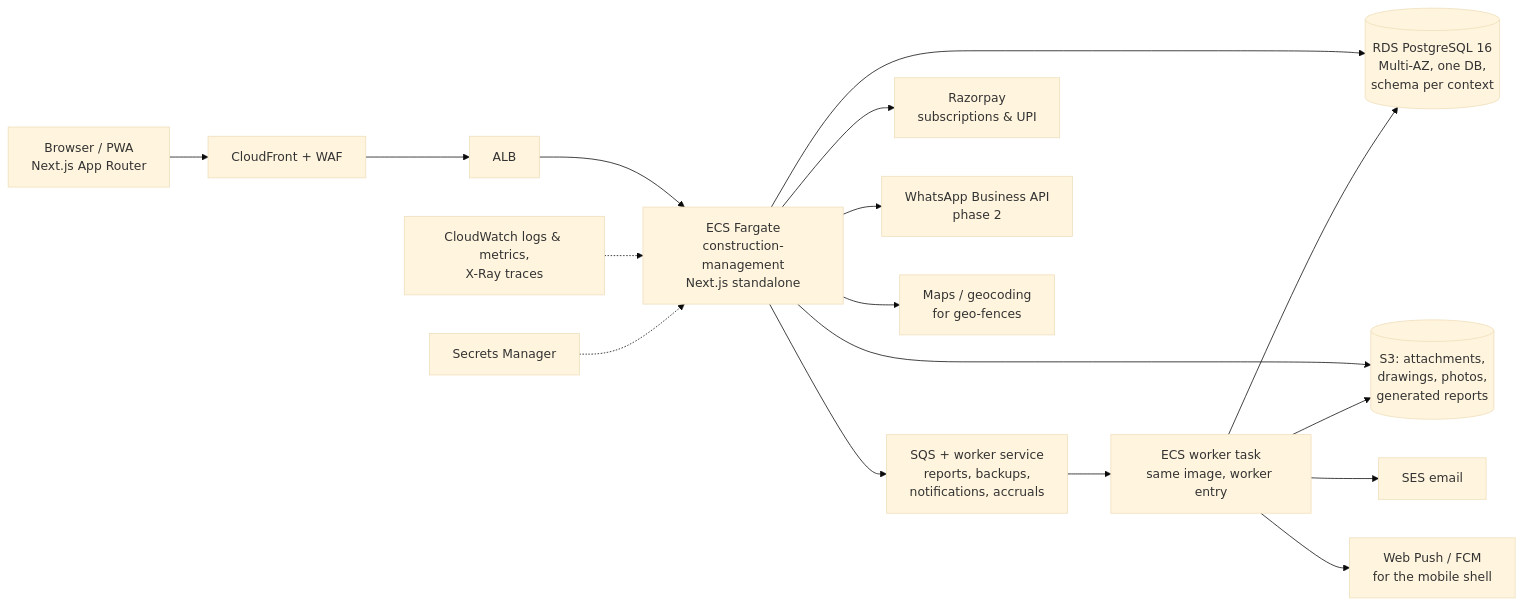
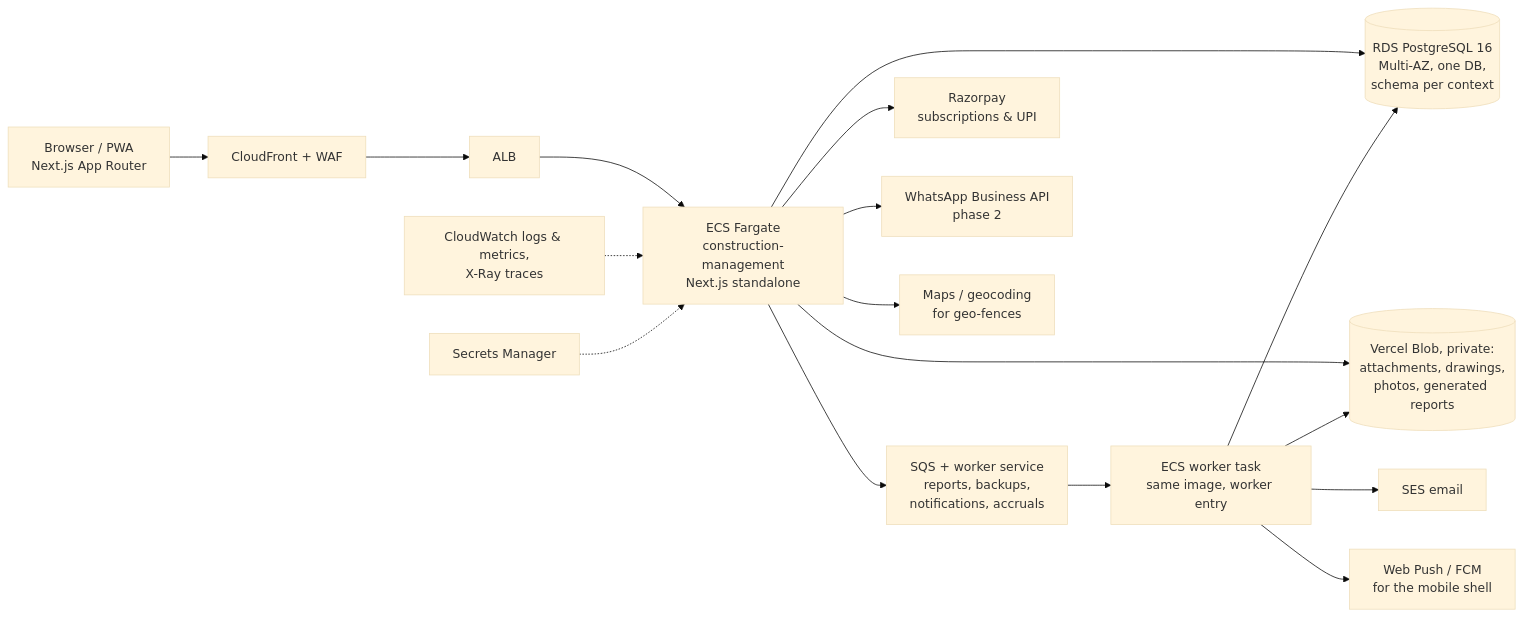
One commit to arunselvakumar/white-board changed the diagram in apps/construction-management/docs/03-target-architecture.md. Above: the diagram before and after it, drawn with Mermaid (base theme). The commit also changed other lines of this file and 8 other files, not shown here.

First line of the commit message:
Files in Vercel Blob, not S3: compose, env, ADR CM-0001, architecture and board

````diff
--- a/apps/construction-management/docs/03-target-architecture.md
+++ b/apps/construction-management/docs/03-target-architecture.md
@@ -7,19 +7,19 @@
 ```mermaid
 flowchart LR
     U[Browser / PWA<br/>Next.js App Router] --> CF[CloudFront + WAF]
     CF --> ALB[ALB]
     ALB --> ECS[ECS Fargate<br/>construction-management<br/>Next.js standalone]
     ECS --> RDS[(RDS PostgreSQL 16<br/>Multi-AZ, one DB,<br/>schema per context)]
-    ECS --> S3[(S3: attachments,<br/>drawings, photos,<br/>generated reports)]
+    ECS --> BLOB[(Vercel Blob, private:<br/>attachments, drawings,<br/>photos, generated reports)]
     ECS --> SQS[SQS + worker service<br/>reports, backups,<br/>notifications, accruals]
     SQS --> WK[ECS worker task<br/>same image, worker entry]
     WK --> RDS
-    WK --> S3
+    WK --> BLOB
     WK --> SES[SES email]
     WK --> FCMW[Web Push / FCM<br/>for the mobile shell]
     ECS --> RZ[Razorpay<br/>subscriptions & UPI]
     ECS --> WA[WhatsApp Business API<br/>phase 2]
     ECS --> MAP[Maps / geocoding<br/>for geo-fences]
     CW[CloudWatch logs & metrics,<br/>X-Ray traces] -.-> ECS
     SM[Secrets Manager] -.-> ECS
 ```
````
